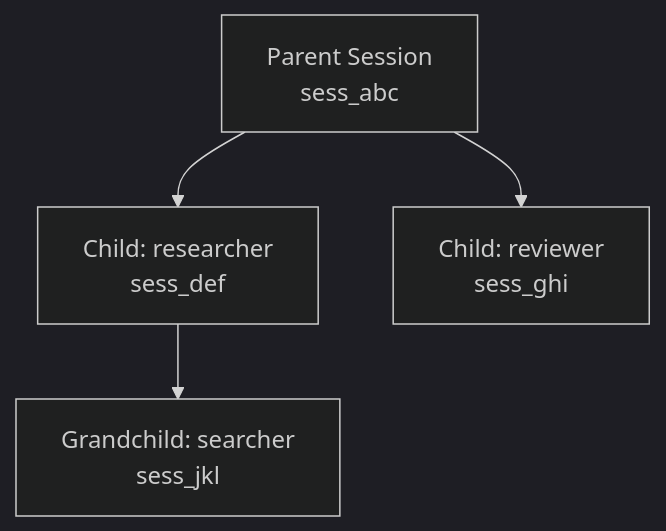
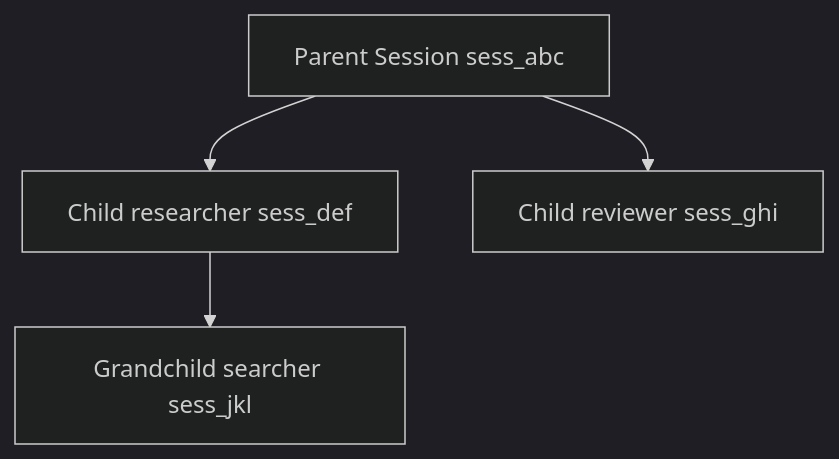
One commit to PL-play/power-loop changed the diagram in docs/en/user-guide/subagents.md. Above: the diagram before and after it, drawn with Mermaid (dark theme). The commit also changed 46 other files, not shown here.

````diff
--- a/docs/en/user-guide/subagents.md
+++ b/docs/en/user-guide/subagents.md
@@ -97,6 +97,6 @@
 ```mermaid
 flowchart TD
-    P[Parent Session<br/>sess_abc] --> C1[Child: researcher<br/>sess_def]
-    P --> C2[Child: reviewer<br/>sess_ghi]
-    C1 --> GC1[Grandchild: searcher<br/>sess_jkl]
+    P["Parent Session sess_abc"] --> C1["Child researcher sess_def"]
+    P --> C2["Child reviewer sess_ghi"]
+    C1 --> GC1["Grandchild searcher sess_jkl"]
 ```
````
